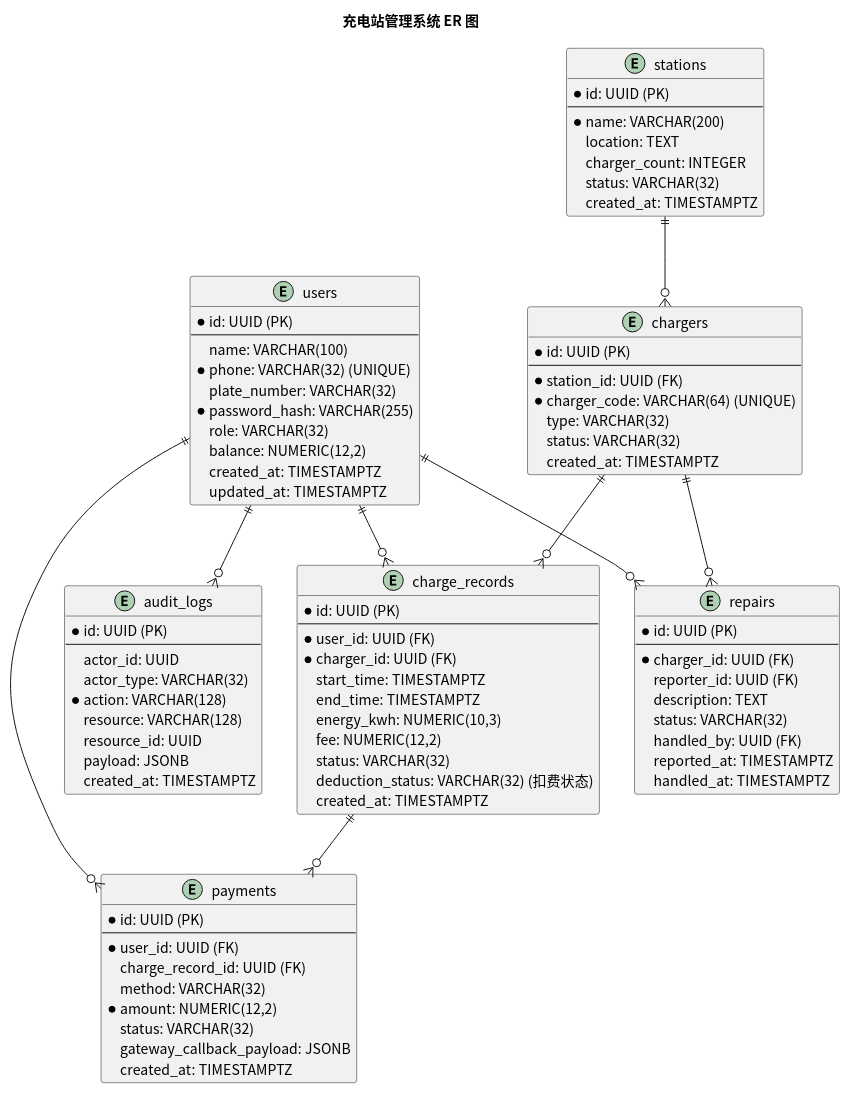
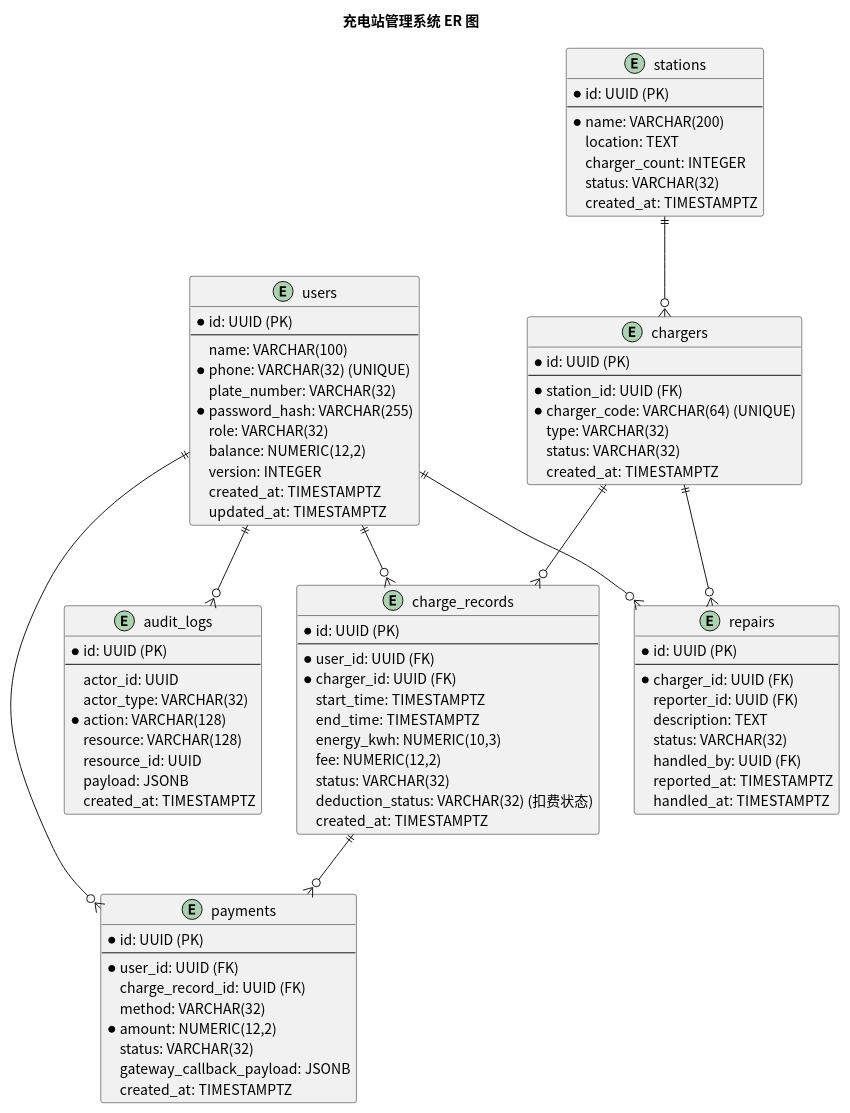
The diagram in usecase/docs/database/src/er_diagram.puml (greenhandzdl/charging-station-doc), drawn with PlantUML before and after one commit. The commit also changed 20 other files, not shown here.

Commit message:
fix: 架构审计修复收尾 — 类图Service层重构、新增统计用例、泳道重排、数据库并发控制

```diff
--- a/usecase/docs/database/src/er_diagram.puml
+++ b/usecase/docs/database/src/er_diagram.puml
@@ -1,97 +1,98 @@
 @startuml
 skinparam defaultFontName "Noto Sans CJK SC"
 skinparam defaultFontSize 14
 title 充电站管理系统 ER 图
 
 entity users {
   *id: UUID (PK)
   --
   name: VARCHAR(100)
   *phone: VARCHAR(32) (UNIQUE)
   plate_number: VARCHAR(32)
   *password_hash: VARCHAR(255)
   role: VARCHAR(32)
   balance: NUMERIC(12,2)
+  version: INTEGER
   created_at: TIMESTAMPTZ
   updated_at: TIMESTAMPTZ
 }
 
 entity stations {
   *id: UUID (PK)
   --
   *name: VARCHAR(200)
   location: TEXT
   charger_count: INTEGER
   status: VARCHAR(32)
   created_at: TIMESTAMPTZ
 }
 
 entity chargers {
   *id: UUID (PK)
   --
   *station_id: UUID (FK)
   *charger_code: VARCHAR(64) (UNIQUE)
   type: VARCHAR(32)
   status: VARCHAR(32)
   created_at: TIMESTAMPTZ
 }
 
 entity charge_records {
   *id: UUID (PK)
   --
   *user_id: UUID (FK)
   *charger_id: UUID (FK)
   start_time: TIMESTAMPTZ
   end_time: TIMESTAMPTZ
   energy_kwh: NUMERIC(10,3)
   fee: NUMERIC(12,2)
   status: VARCHAR(32)
   deduction_status: VARCHAR(32) (扣费状态)
   created_at: TIMESTAMPTZ
 }
 
 entity payments {
   *id: UUID (PK)
   --
   *user_id: UUID (FK)
   charge_record_id: UUID (FK)
   method: VARCHAR(32)
   *amount: NUMERIC(12,2)
   status: VARCHAR(32)
   gateway_callback_payload: JSONB
   created_at: TIMESTAMPTZ
 }
 
 entity repairs {
   *id: UUID (PK)
   --
   *charger_id: UUID (FK)
   reporter_id: UUID (FK)
   description: TEXT
   status: VARCHAR(32)
   handled_by: UUID (FK)
   reported_at: TIMESTAMPTZ
   handled_at: TIMESTAMPTZ
 }
 
 entity audit_logs {
   *id: UUID (PK)
   --
   actor_id: UUID
   actor_type: VARCHAR(32)
   *action: VARCHAR(128)
   resource: VARCHAR(128)
   resource_id: UUID
   payload: JSONB
   created_at: TIMESTAMPTZ
 }
 
 stations ||--o{ chargers
 users ||--o{ charge_records
 chargers ||--o{ charge_records
 users ||--o{ payments
 charge_records ||--o{ payments
 users ||--o{ repairs
 chargers ||--o{ repairs
 users ||--o{ audit_logs
 @enduml
```
